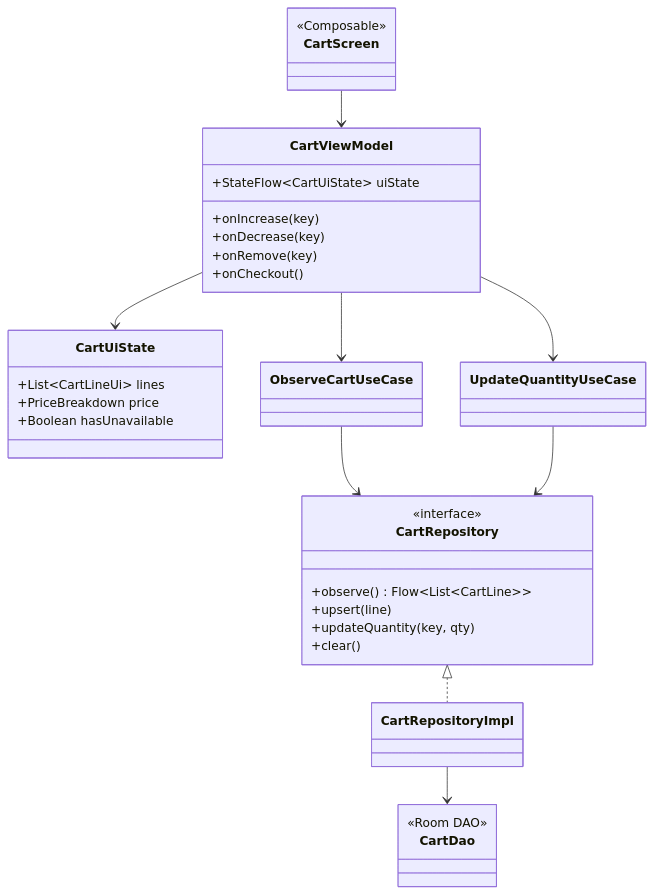
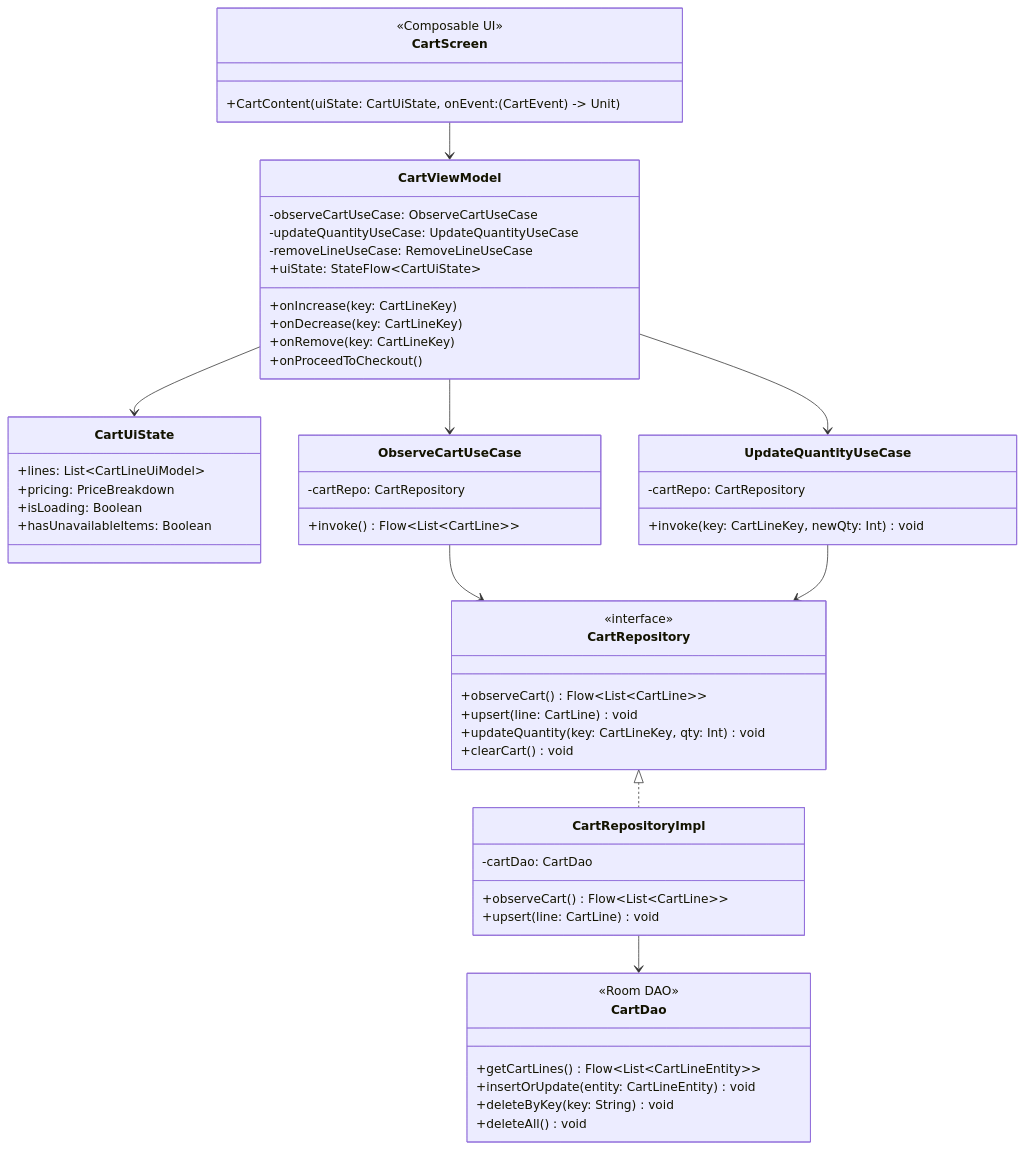
One commit to thanhpino/MobileAppFinalProject-MiaoSong changed the eighth of 10 diagrams in docs/06-state-data-class.md. Above: the diagram before and after it, drawn with Mermaid. The commit also changed other lines of this file and 51 other files, not shown here.

Commit message:
- completed class diagrams - completed activity diagrams - completed use case diagrams - completed test plans - adjusted the sequence diagrams from TMT after changing from vnpay to zalopay, and ggmap to openstreetmap

````diff
--- a/docs/06-state-data-class.md
+++ b/docs/06-state-data-class.md
@@ -340,39 +495,65 @@
 ```mermaid
 classDiagram
     class CartScreen {
-        <<Composable>>
+        <<Composable UI>>
+        +CartContent(uiState: CartUiState, onEvent: (CartEvent) -> Unit)
     }
+
     class CartViewModel {
-        +StateFlow~CartUiState~ uiState
-        +onIncrease(key)
-        +onDecrease(key)
-        +onRemove(key)
-        +onCheckout()
+        -observeCartUseCase: ObserveCartUseCase
+        -updateQuantityUseCase: UpdateQuantityUseCase
+        -removeLineUseCase: RemoveLineUseCase
+        +uiState: StateFlow~CartUiState~
+        +onIncrease(key: CartLineKey)
+        +onDecrease(key: CartLineKey)
+        +onRemove(key: CartLineKey)
+        +onProceedToCheckout()
     }
+
     class CartUiState {
-        +List~CartLineUi~ lines
-        +PriceBreakdown price
-        +Boolean hasUnavailable
+        +lines: List~CartLineUiModel~
+        +pricing: PriceBreakdown
+        +isLoading: Boolean
+        +hasUnavailableItems: Boolean
     }
-    class ObserveCartUseCase
-    class UpdateQuantityUseCase
+
+    class ObserveCartUseCase {
+        -cartRepo: CartRepository
+        +invoke() Flow~List~CartLine~~
+    }
+    class UpdateQuantityUseCase {
+        -cartRepo: CartRepository
+        +invoke(key: CartLineKey, newQty: Int) void
+    }
+
     class CartRepository {
         <<interface>>
-        +observe() Flow~List~CartLine~~
-        +upsert(line)
-        +updateQuantity(key, qty)
-        +clear()
+        +observeCart() Flow~List~CartLine~~
+        +upsert(line: CartLine) void
+        +updateQuantity(key: CartLineKey, qty: Int) void
+        +clearCart() void
     }
-    class CartRepositoryImpl
+
+    class CartRepositoryImpl {
+        -cartDao: CartDao
+        +observeCart() Flow~List~CartLine~~
+        +upsert(line: CartLine) void
+    }
+
     class CartDao {
         <<Room DAO>>
+        +getCartLines() Flow~List~CartLineEntity~~
+        +insertOrUpdate(entity: CartLineEntity) void
+        +deleteByKey(key: String) void
+        +deleteAll() void
     }
+
     CartScreen --> CartViewModel
     CartViewModel --> CartUiState
     CartViewModel --> ObserveCartUseCase
     CartViewModel --> UpdateQuantityUseCase
     ObserveCartUseCase --> CartRepository
     UpdateQuantityUseCase --> CartRepository
     CartRepository <|.. CartRepositoryImpl
     CartRepositoryImpl --> CartDao
 ```
````
